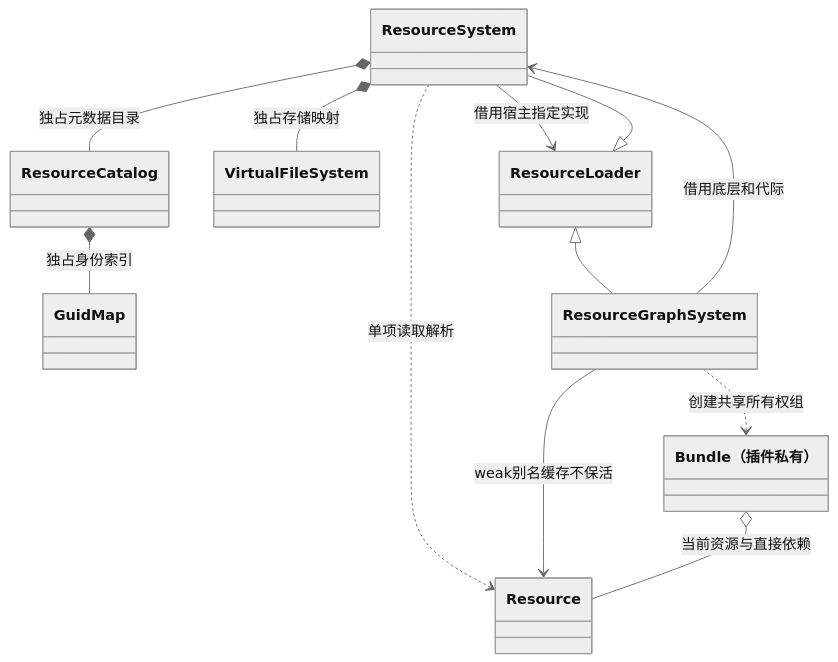
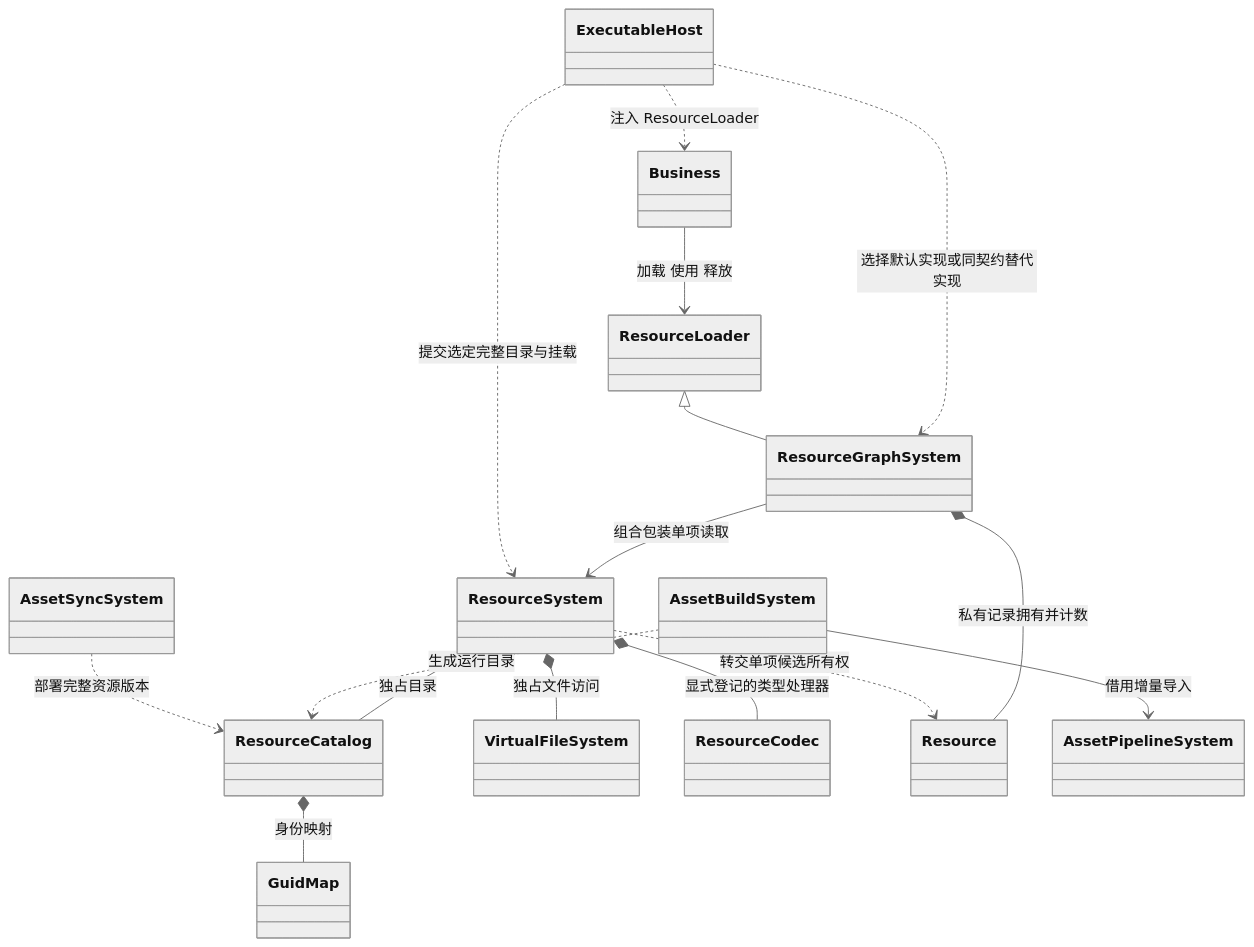
Before and after one commit to lcals/Engine: diagram 28 of 35 in docs/class-diagrams/references.md, drawn with Mermaid (neutral theme). The commit also changed other lines of this file and 391 other files, not shown here.

````diff
--- a/docs/class-diagrams/references.md
+++ b/docs/class-diagrams/references.md
@@ -906,23 +870,31 @@
 ```mermaid
 classDiagram
-    direction TB
+    class ExecutableHost
+    class Business
+    class ResourceLoader
+    class ResourceGraphSystem
     class ResourceSystem
     class ResourceCatalog
     class GuidMap
     class VirtualFileSystem
+    class ResourceCodec
     class Resource
-    ResourceSystem *-- ResourceCatalog : 独占元数据目录
-    ResourceCatalog *-- GuidMap : 独占身份索引
-    ResourceSystem *-- VirtualFileSystem : 独占存储映射
-    class ResourceLoader
-    class ResourceGraphSystem
-    class ResourceBundle["Bundle（插件私有）"]
-    ResourceLoader <|-- ResourceSystem
+    class AssetPipelineSystem
+    class AssetBuildSystem
+    class AssetSyncSystem
+    ExecutableHost ..> ResourceGraphSystem : 选择默认实现或同契约替代实现
+    ExecutableHost ..> Business : 注入 ResourceLoader
+    Business --> ResourceLoader : 加载 使用 释放
     ResourceLoader <|-- ResourceGraphSystem
-    ResourceSystem --> ResourceLoader : 借用宿主指定实现
-    ResourceSystem ..> Resource : 单项读取解析
-    ResourceGraphSystem --> ResourceSystem : 借用底层和代际
-    ResourceGraphSystem --> Resource : weak别名缓存不保活
-    ResourceBundle o-- Resource : 当前资源与直接依赖
-    ResourceGraphSystem ..> ResourceBundle : 创建共享所有权组
+    ResourceGraphSystem --> ResourceSystem : 组合包装单项读取
+    ResourceGraphSystem *-- Resource : 私有记录拥有并计数
+    ResourceSystem *-- ResourceCatalog : 独占目录
+    ResourceCatalog *-- GuidMap : 身份映射
+    ResourceSystem *-- VirtualFileSystem : 独占文件访问
+    ResourceSystem *-- ResourceCodec : 显式登记的类型处理器
+    ResourceSystem ..> Resource : 转交单项候选所有权
+    ExecutableHost ..> ResourceSystem : 提交选定完整目录与挂载
+    AssetBuildSystem --> AssetPipelineSystem : 借用增量导入
+    AssetBuildSystem ..> ResourceCatalog : 生成运行目录
+    AssetSyncSystem ..> ResourceCatalog : 部署完整资源版本
 ```
````
